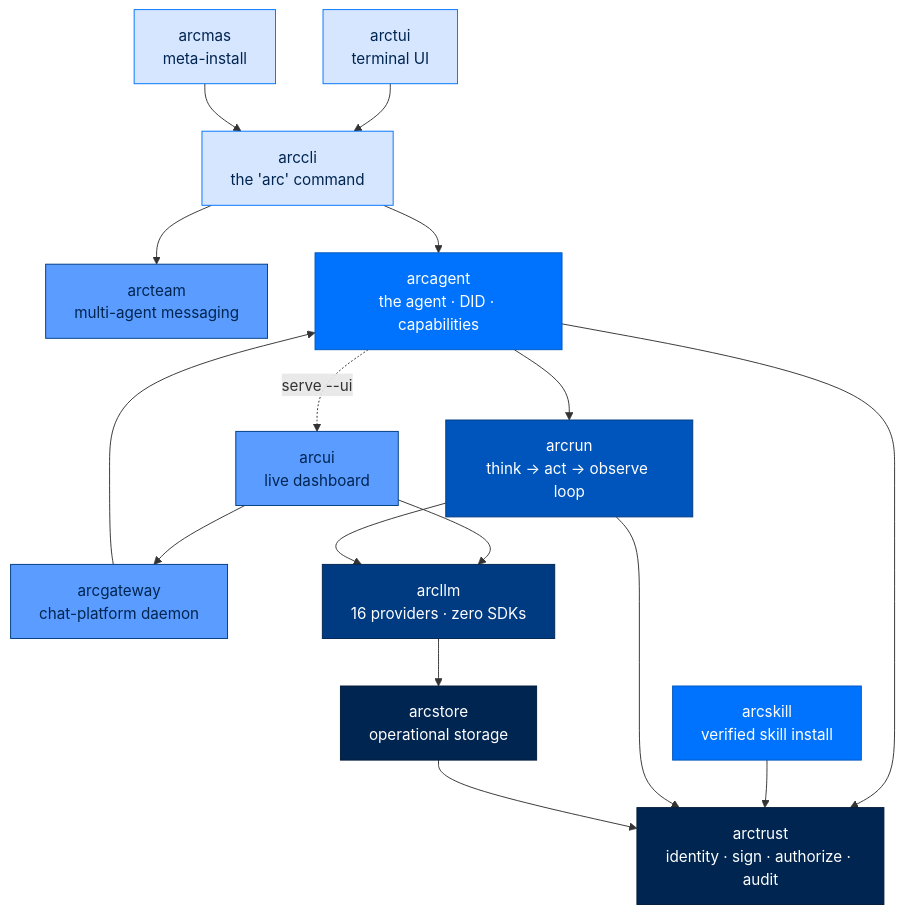
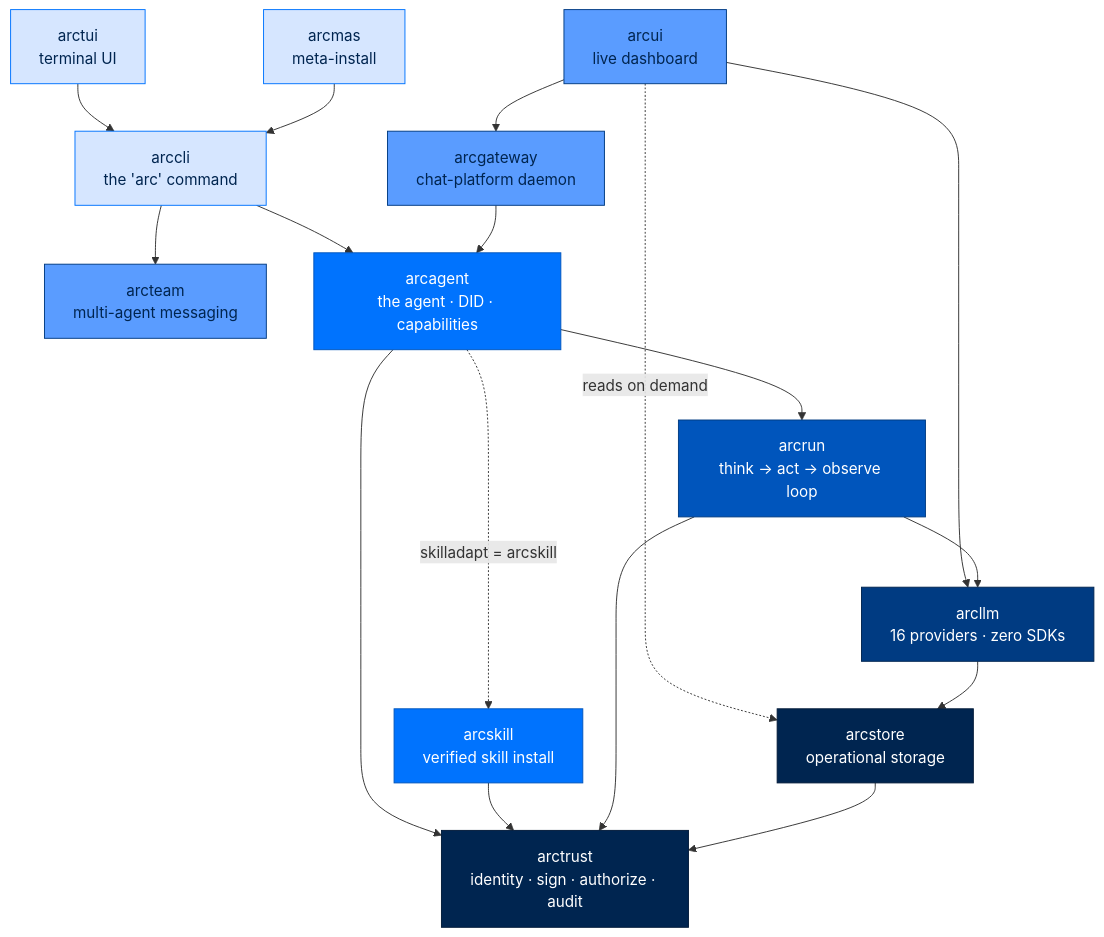
The diagram in README.md (joshuamschultz/Arc), drawn with Mermaid before and after one commit. The commit also changed other lines of this file and 26 other files, not shown here.

````diff
--- a/README.md
+++ b/README.md
@@ -112,42 +112,43 @@
 ```mermaid
 flowchart TB
     classDef entry   fill:#D6E6FF,stroke:#0073FE,color:#002550
     classDef surface fill:#5A9CFF,stroke:#003B82,color:#002550
     classDef agent   fill:#0073FE,stroke:#0055BC,color:#FFFFFF
     classDef runtime fill:#0055BC,stroke:#003B82,color:#FFFFFF
     classDef llm     fill:#003B82,stroke:#002550,color:#FFFFFF
     classDef found   fill:#002550,stroke:#001A38,color:#FFFFFF
 
     arccli[arccli<br/>the 'arc' command]:::entry
     arctui[arctui<br/>terminal UI]:::entry
     arcmas[arcmas<br/>meta-install]:::entry
 
     arcgateway[arcgateway<br/>chat-platform daemon]:::surface
     arcteam[arcteam<br/>multi-agent messaging]:::surface
     arcui[arcui<br/>live dashboard]:::surface
 
     arcagent[arcagent<br/>the agent · DID · capabilities]:::agent
     arcskill[arcskill<br/>verified skill install]:::agent
 
     arcrun[arcrun<br/>think → act → observe loop]:::runtime
     arcllm[arcllm<br/>16 providers · zero SDKs]:::llm
 
     arctrust[arctrust<br/>identity · sign · authorize · audit]:::found
     arcstore[arcstore<br/>operational storage]:::found
 
     arctui --> arccli
     arcmas --> arccli
     arccli --> arcagent
     arccli --> arcteam
     arcgateway --> arcagent
     arcui --> arcgateway
     arcui --> arcllm
+    arcui -. "reads on demand" .-> arcstore
     arcagent --> arcrun
     arcagent --> arctrust
-    arcagent -. "serve --ui" .-> arcui
+    arcagent -. "skilladapt = arcskill" .-> arcskill
     arcskill --> arctrust
     arcrun --> arcllm
     arcrun --> arctrust
     arcllm --> arcstore
     arcstore --> arctrust
 ```
````
